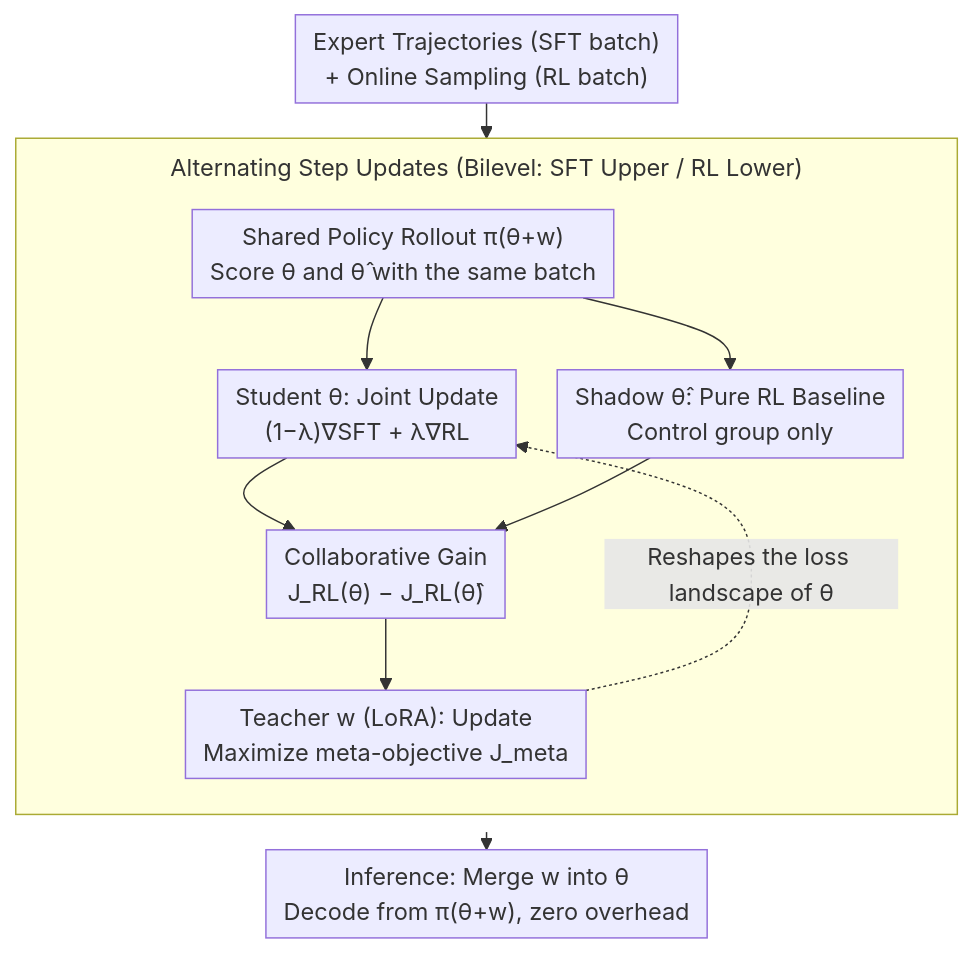
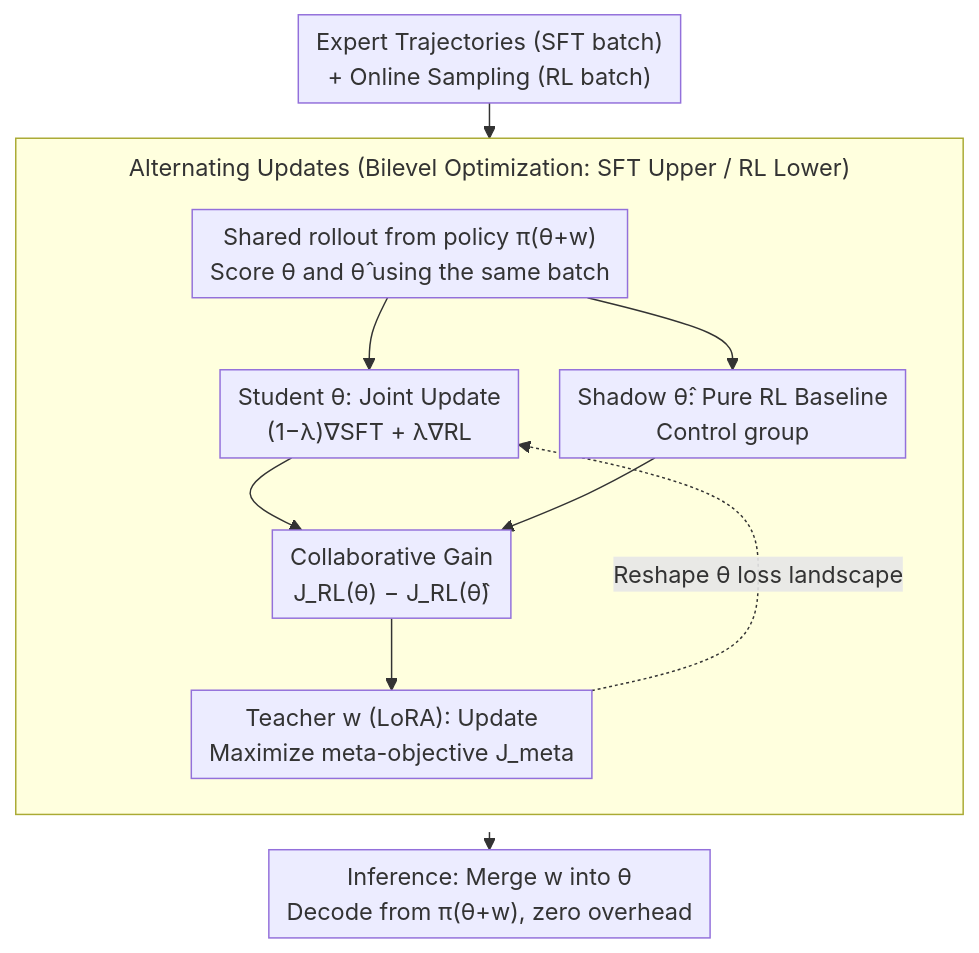
One commit to zhaoyang97/Paper-Notes-en changed the diagram in docs/ICML2026/llm_reasoning/beyond_two-stage_training_cooperative_sft_and_rl_for_llm_reasoning.md. Above: the diagram before and after it, drawn with Mermaid. The commit also changed other lines of this file and 5084 other files, not shown here.

````diff
--- a/docs/ICML2026/llm_reasoning/beyond_two-stage_training_cooperative_sft_and_rl_for_llm_reasoning.md
+++ b/docs/ICML2026/llm_reasoning/beyond_two-stage_training_cooperative_sft_and_rl_for_llm_reasoning.md
@@ -43,15 +43,15 @@
 ```mermaid
 %%{init: {'flowchart': {'rankSpacing': 24, 'nodeSpacing': 28, 'padding': 6, 'wrappingWidth': 400, 'subGraphTitleMargin': {'top': 8, 'bottom': 16}}}}%%
 flowchart TD
     A["Expert Trajectories (SFT batch)<br/>+ Online Sampling (RL batch)"] --> B
-    subgraph LOOP["Alternating Step Updates (Bilevel: SFT Upper / RL Lower)"]
+    subgraph LOOP["Alternating Updates (Bilevel Optimization: SFT Upper / RL Lower)"]
         direction TB
-        B["Shared Policy Rollout π(θ+w)<br/>Score θ and θ̂ with the same batch"] --> C["Student θ: Joint Update<br/>(1−λ)∇SFT + λ∇RL"]
-        B --> D["Shadow θ̂: Pure RL Baseline<br/>Control group only"]
+        B["Shared rollout from policy π(θ+w)<br/>Score θ and θ̂ using the same batch"] --> C["Student θ: Joint Update<br/>(1−λ)∇SFT + λ∇RL"]
+        B --> D["Shadow θ̂: Pure RL Baseline<br/>Control group"]
         C --> E["Collaborative Gain<br/>J_RL(θ) − J_RL(θ̂)"]
         D --> E
         E --> F["Teacher w (LoRA): Update<br/>Maximize meta-objective J_meta"]
-        F -.Reshapes the loss landscape of θ.-> C
+        F -.Reshape θ loss landscape.-> C
     end
     LOOP --> G["Inference: Merge w into θ<br/>Decode from π(θ+w), zero overhead"]
 ```
````
